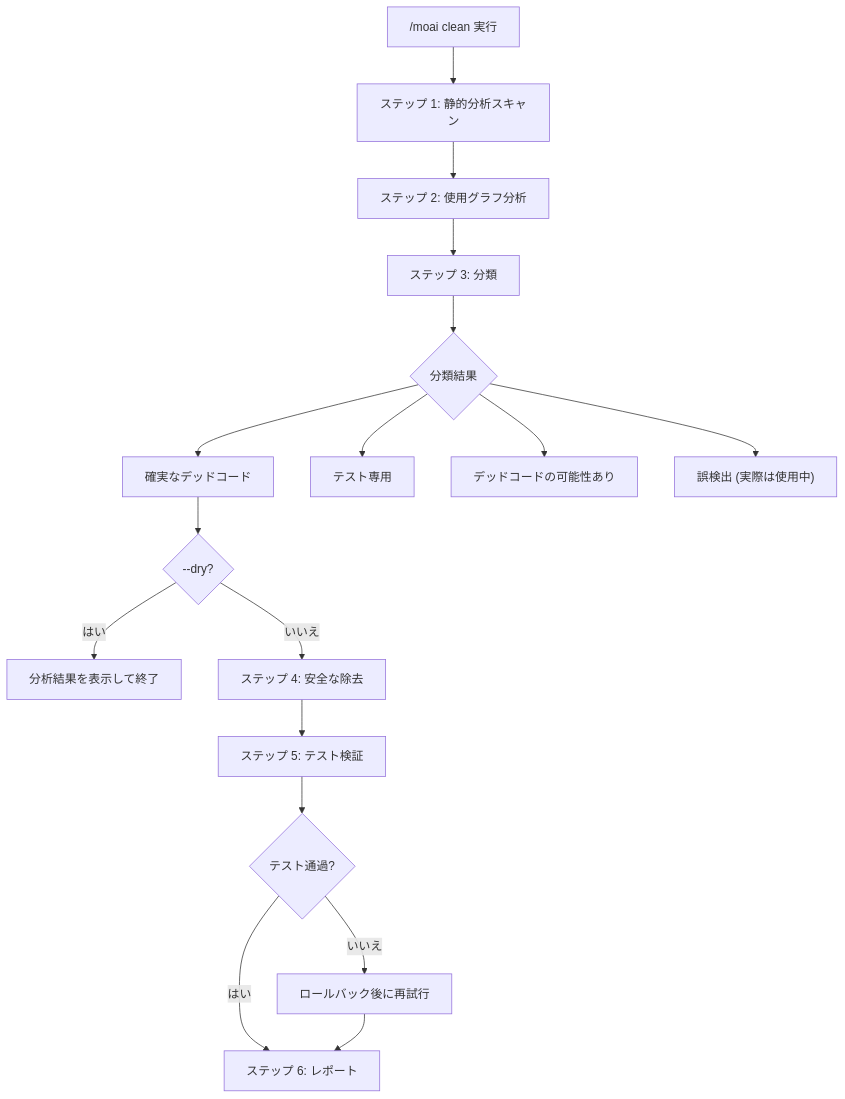
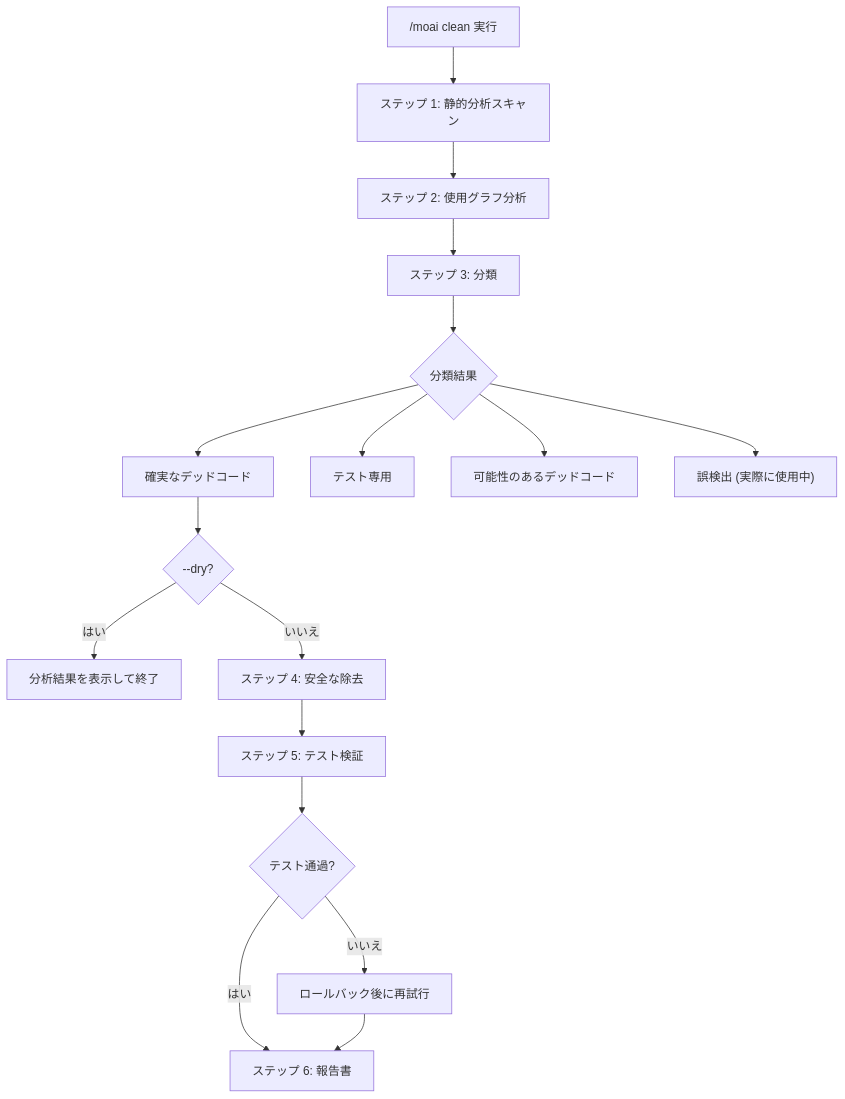
The first of 2 diagrams in docs-site/content/ja/utility-commands/moai-clean.md (modu-ai/moai-adk), drawn with Mermaid before and after one commit. The commit also changed other lines of this file and 180 other files, not shown here.

````diff
--- a/docs-site/content/ja/utility-commands/moai-clean.md
+++ b/docs-site/content/ja/utility-commands/moai-clean.md
@@ -76,23 +76,23 @@
 ```mermaid
 flowchart TD
     Start["/moai clean 実行"] --> Phase1["ステップ 1: 静的分析スキャン"]
 
     Phase1 --> Phase2["ステップ 2: 使用グラフ分析"]
 
     Phase2 --> Phase3["ステップ 3: 分類"]
     Phase3 --> Classify{"分類結果"}
     Classify --> Dead["確実なデッドコード"]
     Classify --> TestOnly["テスト専用"]
-    Classify --> Likely["デッドコードの可能性あり"]
-    Classify --> False["誤検出 (実際は使用中)"]
+    Classify --> Likely["可能性のあるデッドコード"]
+    Classify --> False["誤検出 (実際に使用中)"]
 
     Dead --> Approval{"--dry?"}
     Approval -->|はい| Report["分析結果を表示して終了"]
     Approval -->|いいえ| Phase4["ステップ 4: 安全な除去"]
 
     Phase4 --> Phase5["ステップ 5: テスト検証"]
     Phase5 --> Pass{"テスト通過?"}
-    Pass -->|はい| Phase6["ステップ 6: レポート"]
+    Pass -->|はい| Phase6["ステップ 6: 報告書"]
     Pass -->|いいえ| Rollback["ロールバック後に再試行"]
     Rollback --> Phase6
 ```
````
